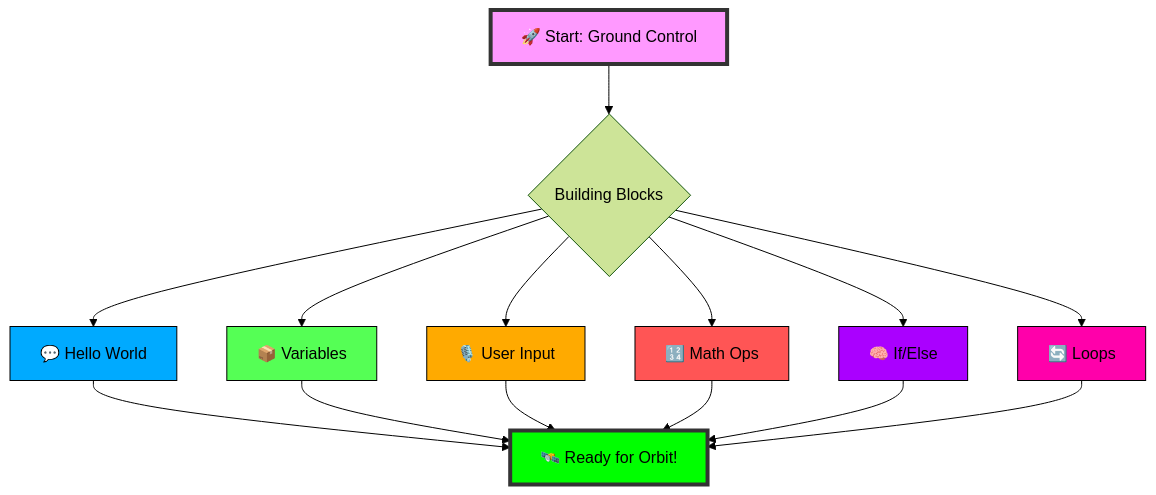
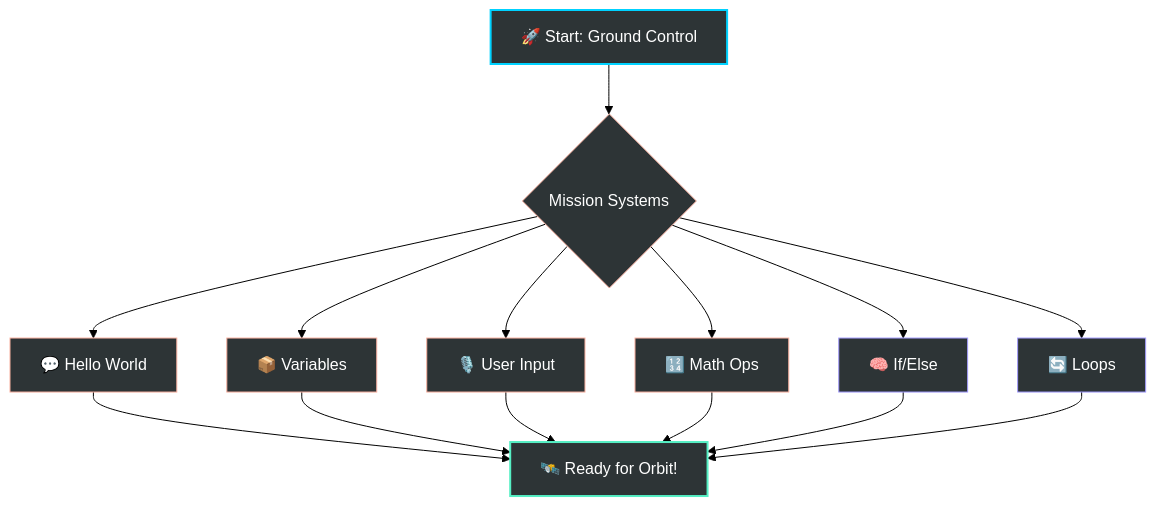
Before and after one commit to ForbSpace-Inc/bc01: the diagram in session1/sectional codes/introduction.md, drawn with Mermaid (forest theme).

````diff
--- a/session1/sectional codes/introduction.md
+++ b/session1/sectional codes/introduction.md
@@ -19,20 +19,24 @@
 ```mermaid
 graph TD
-    A[🚀 Start: Ground Control] --> B{Building Blocks}
+    %% Node Definitions
+    A[🚀 Start: Ground Control] --> B{Mission Systems}
     B --> B1[💬 Hello World]
     B --> B2[📦 Variables]
     B --> B3[🎙️ User Input]
     B --> B4[🔢 Math Ops]
     B --> B5[🧠 If/Else]
     B --> B6[🔄 Loops]
     B1 & B2 & B3 & B4 & B5 & B6 --> C[🛰️ Ready for Orbit!]
     
-    style A fill:#f9f,stroke:#333,stroke-width:4px
-    style C fill:#00ff00,stroke:#333,stroke-width:4px
-    style B1 fill:#00aaff,stroke:#000
-    style B2 fill:#55ff55,stroke:#000
-    style B3 fill:#ffaa00,stroke:#000
-    style B4 fill:#ff5555,stroke:#000
-    style B5 fill:#aa00ff,stroke:#000
-    style B6 fill:#ff00aa,stroke:#000
+    %% Style Definitions
+    classDef initial fill:#2d3436,stroke:#00d2ff,stroke-width:2px,color:#fff
+    classDef process fill:#2d3436,stroke:#fab1a0,stroke-width:1px,color:#fff
+    classDef ready fill:#2d3436,stroke:#55efc4,stroke-width:2px,color:#fff
+    classDef logic fill:#2d3436,stroke:#a29bfe,stroke-width:1px,color:#fff
+
+    %% Assign Classes
+    class A initial
+    class C ready
+    class B,B1,B2,B3,B4 process
+    class B5,B6 logic
 ```
````
